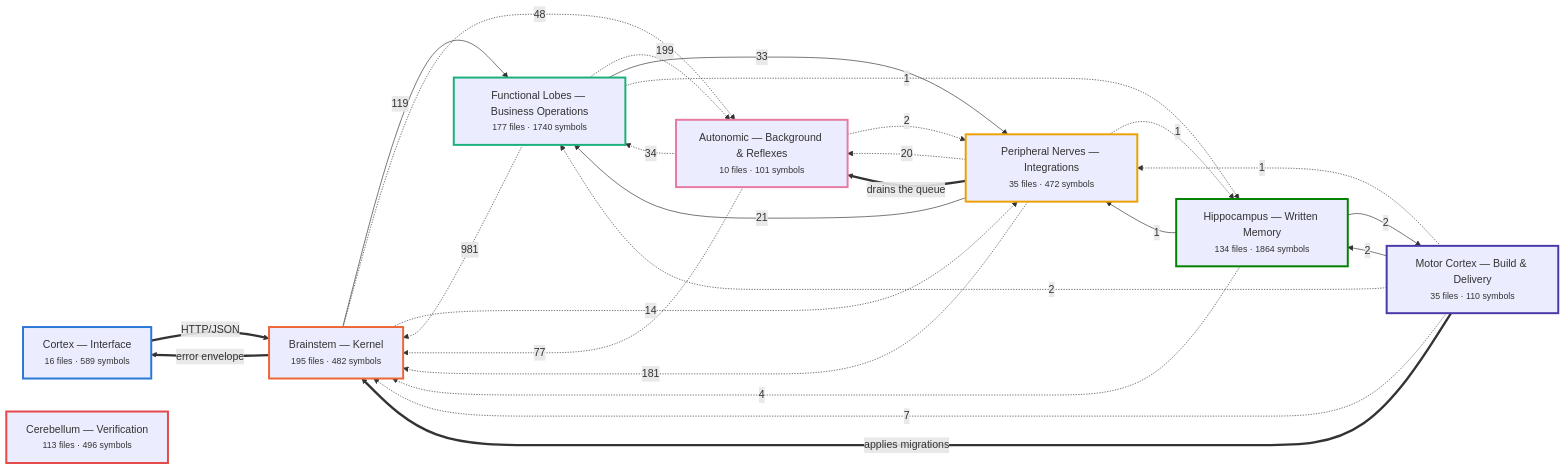
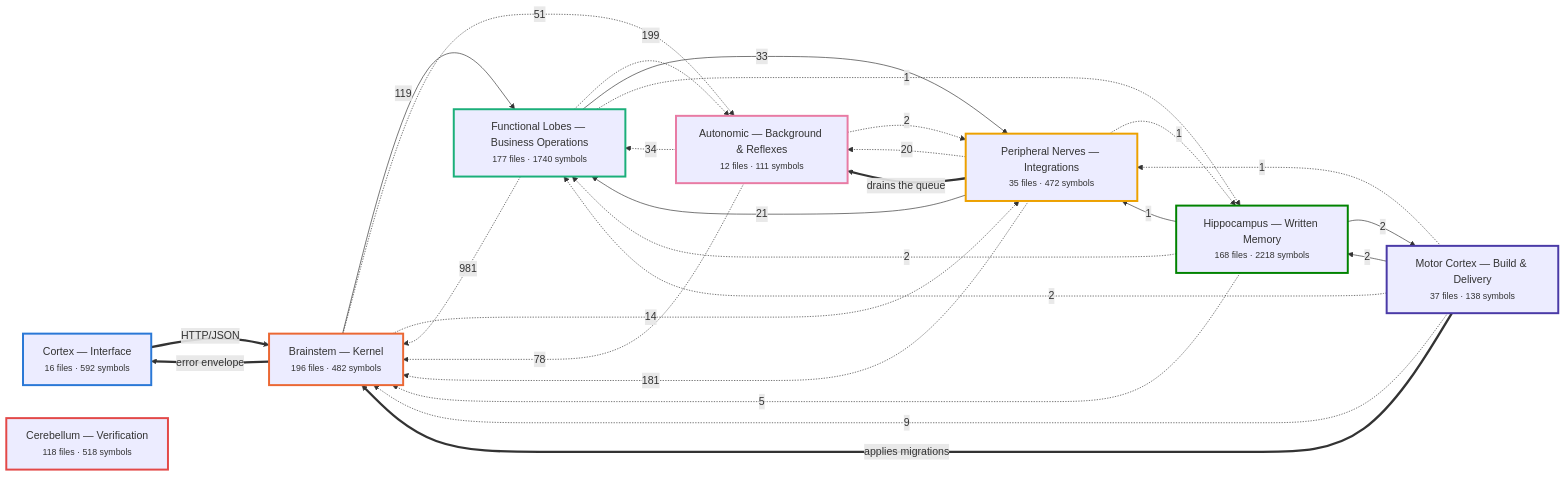
One commit to Vishalnayak226/custom_erp changed the first of 7 diagrams in docs/brain/BRAIN.md. Above: the diagram before and after it, drawn with Mermaid. The commit also changed other lines of this file and 76 other files, not shown here.

````diff
--- a/docs/brain/BRAIN.md
+++ b/docs/brain/BRAIN.md
@@ -35,52 +35,53 @@
 ```mermaid
 flowchart LR
-  n_cortex["Cortex — Interface<br/><small>16 files · 589 symbols</small>"]
-  n_brainstem["Brainstem — Kernel<br/><small>195 files · 482 symbols</small>"]
+  n_cortex["Cortex — Interface<br/><small>16 files · 592 symbols</small>"]
+  n_brainstem["Brainstem — Kernel<br/><small>196 files · 482 symbols</small>"]
   n_business["Functional Lobes — Business Operations<br/><small>177 files · 1740 symbols</small>"]
   n_peripheral["Peripheral Nerves — Integrations<br/><small>35 files · 472 symbols</small>"]
-  n_autonomic["Autonomic — Background & Reflexes<br/><small>10 files · 101 symbols</small>"]
-  n_memory["Hippocampus — Written Memory<br/><small>134 files · 1864 symbols</small>"]
-  n_motor["Motor Cortex — Build & Delivery<br/><small>35 files · 110 symbols</small>"]
-  n_verification["Cerebellum — Verification<br/><small>113 files · 496 symbols</small>"]
+  n_autonomic["Autonomic — Background & Reflexes<br/><small>12 files · 111 symbols</small>"]
+  n_memory["Hippocampus — Written Memory<br/><small>168 files · 2218 symbols</small>"]
+  n_motor["Motor Cortex — Build & Delivery<br/><small>37 files · 138 symbols</small>"]
+  n_verification["Cerebellum — Verification<br/><small>118 files · 518 symbols</small>"]
   n_business -.->|981| n_brainstem
   n_business -.->|199| n_autonomic
   n_peripheral -.->|181| n_brainstem
   n_brainstem -->|119| n_business
-  n_autonomic -.->|77| n_brainstem
-  n_brainstem -.->|48| n_autonomic
+  n_autonomic -.->|78| n_brainstem
+  n_brainstem -.->|51| n_autonomic
   n_autonomic -.->|34| n_business
   n_business -->|33| n_peripheral
   n_peripheral -->|21| n_business
   n_peripheral -.->|20| n_autonomic
   n_brainstem -.->|14| n_peripheral
-  n_motor -.->|7| n_brainstem
-  n_memory -.->|4| n_brainstem
-  n_memory -->|2| n_motor
+  n_motor -.->|9| n_brainstem
+  n_memory -.->|5| n_brainstem
+  n_motor -.->|2| n_business
   n_autonomic -.->|2| n_peripheral
   n_motor -->|2| n_memory
-  n_motor -.->|2| n_business
+  n_memory -.->|2| n_business
+  n_memory -->|2| n_motor
+  n_motor -.->|1| n_peripheral
+  n_peripheral -.->|1| n_memory
   n_memory -->|1| n_peripheral
-  n_peripheral -.->|1| n_memory
   n_business -.->|1| n_memory
-  n_motor -.->|1| n_peripheral
   n_brainstem ==>|error envelope| n_cortex
   n_cortex ==>|HTTP/JSON| n_brainstem
   n_motor ==>|applies migrations| n_brainstem
   n_peripheral ==>|drains the queue| n_autonomic
   classDef n_cortex stroke:#2a78d6,stroke-width:3px;
   class n_cortex n_cortex;
   classDef n_brainstem stroke:#eb6834,stroke-width:3px;
   class n_brainstem n_brainstem;
   classDef n_business stroke:#1baf7a,stroke-width:3px;
   class n_business n_business;
   classDef n_peripheral stroke:#eda100,stroke-width:3px;
   class n_peripheral n_peripheral;
   classDef n_autonomic stroke:#e87ba4,stroke-width:3px;
   class n_autonomic n_autonomic;
   classDef n_memory stroke:#008300,stroke-width:3px;
   class n_memory n_memory;
   classDef n_motor stroke:#4a3aa7,stroke-width:3px;
   class n_motor n_motor;
   classDef n_verification stroke:#e34948,stroke-width:3px;
   class n_verification n_verification;
 ```
````
